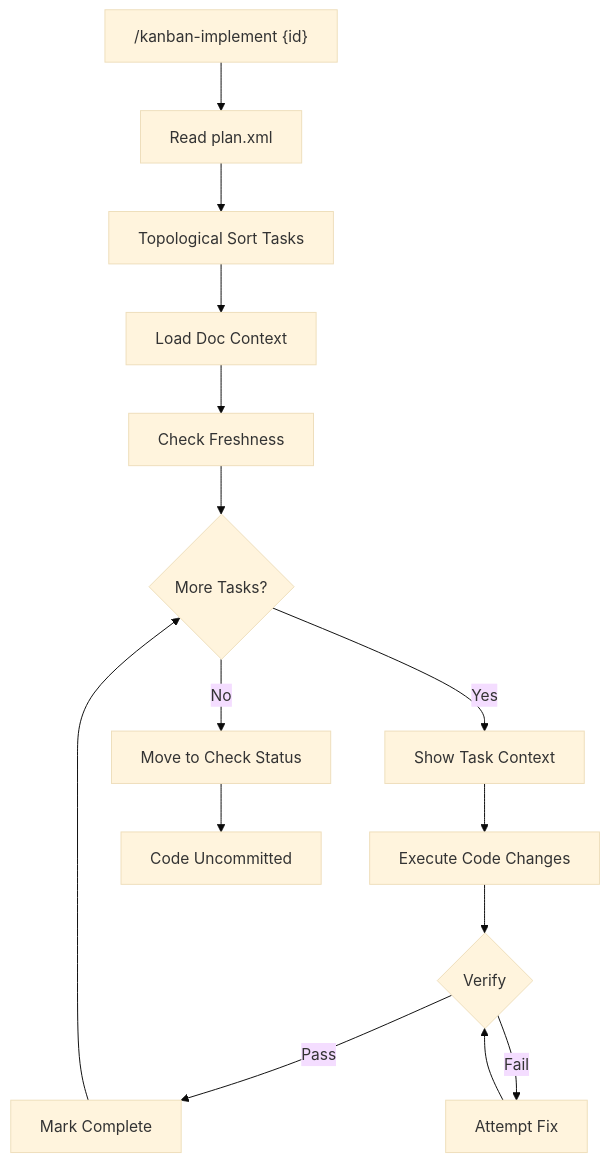
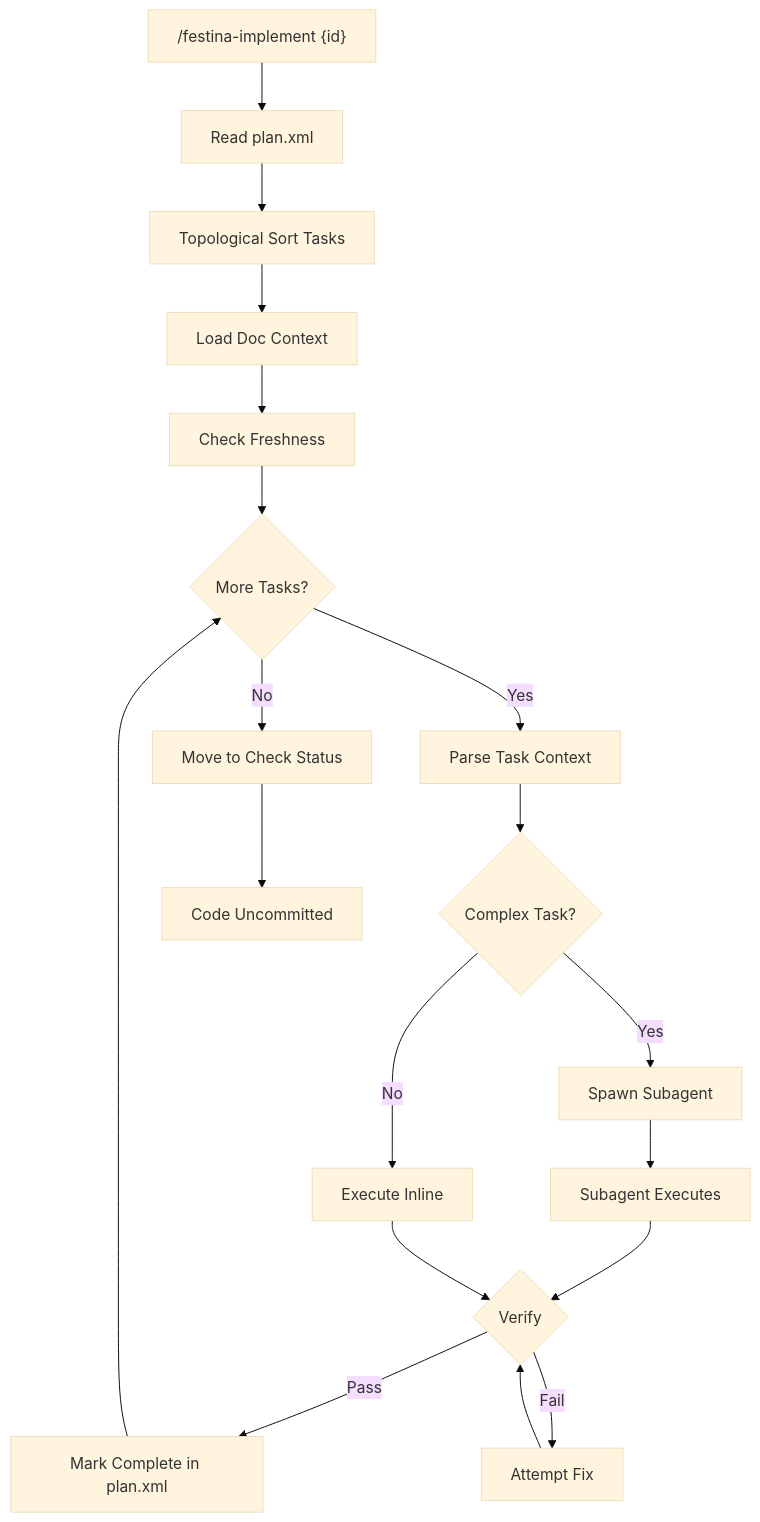
One commit to mattfletcher94/festinalente changed the diagram in .festinalente/product/tasks/implement.md. Above: the diagram before and after it, drawn with Mermaid (base theme). The commit also changed other lines of this file and 3 other files, not shown here.

Commit message:
docs(031-context-aware-task-execution-with-smart-subagent-s): product+engineering - update context-selection and implement docs, complete subagent-orchestration pattern

````diff
--- a/.festinalente/product/tasks/implement.md
+++ b/.festinalente/product/tasks/implement.md
@@ -29,19 +29,23 @@
 ```mermaid
 flowchart TD
-    A["/kanban-implement {id}"] --> B[Read plan.xml]
+    A["/festina-implement {id}"] --> B[Read plan.xml]
     B --> C[Topological Sort Tasks]
     C --> D[Load Doc Context]
     D --> E[Check Freshness]
     E --> F{More Tasks?}
 
-    F -->|Yes| G[Show Task Context]
-    G --> H[Execute Code Changes]
-    H --> I{Verify}
-    I -->|Pass| J[Mark Complete]
-    I -->|Fail| K[Attempt Fix]
-    K --> I
-    J --> F
+    F -->|Yes| G[Parse Task Context]
+    G --> H{Complex Task?}
+    H -->|Yes| I[Spawn Subagent]
+    H -->|No| J[Execute Inline]
+    I --> K[Subagent Executes]
+    K --> L{Verify}
+    J --> L
+    L -->|Pass| M[Mark Complete in plan.xml]
+    L -->|Fail| N[Attempt Fix]
+    N --> L
+    M --> F
 
-    F -->|No| L[Move to Check Status]
-    L --> M[Code Uncommitted]
+    F -->|No| O[Move to Check Status]
+    O --> P[Code Uncommitted]
 ```
````
